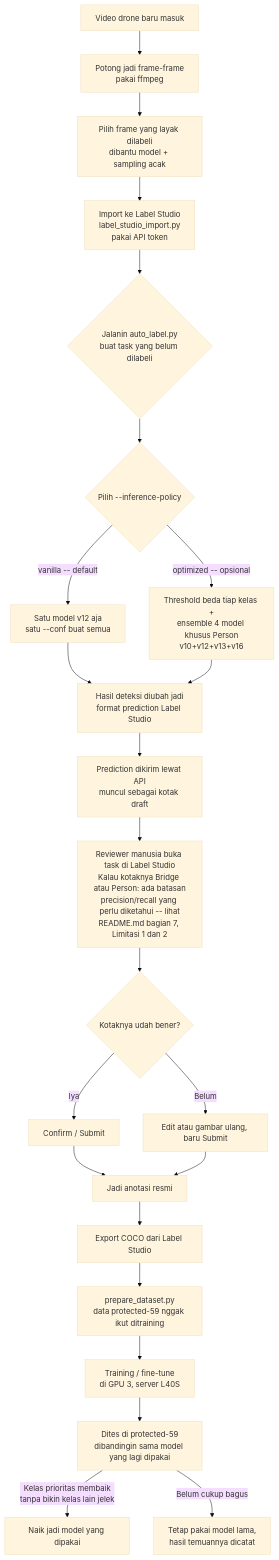
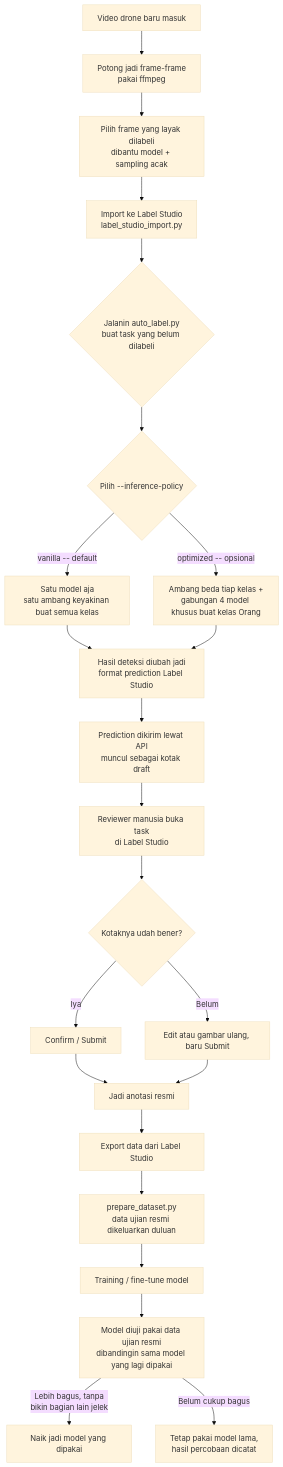
Before and after one commit to h4kua/AutomationPalmOil: the diagram in WORKFLOW.md, drawn with Mermaid (base theme). The commit also changed other lines of this file and 1 other file, not shown here.

````diff
--- a/WORKFLOW.md
+++ b/WORKFLOW.md
@@ -14,25 +7,25 @@
 ```mermaid
 flowchart TD
     A[Video drone baru masuk] --> B[Potong jadi frame-frame<br/>pakai ffmpeg]
     B --> C[Pilih frame yang layak dilabeli<br/>dibantu model + sampling acak]
-    C --> D[Import ke Label Studio<br/>label_studio_import.py<br/>pakai API token]
+    C --> D[Import ke Label Studio<br/>label_studio_import.py]
     D --> E{Jalanin auto_label.py<br/>buat task yang belum dilabeli}
     E --> F{Pilih --inference-policy}
-    F -->|vanilla -- default| F1[Satu model v12 aja<br/>satu --conf buat semua]
-    F -->|optimized -- opsional| F2[Threshold beda tiap kelas +<br/>ensemble 4 model khusus Person<br/>v10+v12+v13+v16]
+    F -->|vanilla -- default| F1[Satu model aja<br/>satu ambang keyakinan buat semua kelas]
+    F -->|optimized -- opsional| F2[Ambang beda tiap kelas +<br/>gabungan 4 model khusus buat kelas Orang]
     F1 --> G[Hasil deteksi diubah jadi<br/>format prediction Label Studio]
     F2 --> G
     G --> H[Prediction dikirim lewat API<br/>muncul sebagai kotak draft]
-    H --> I[Reviewer manusia buka task di Label Studio<br/>Kalau kotaknya Bridge atau Person: ada batasan<br/>precision/recall yang perlu diketahui -- lihat<br/>README.md bagian 7, Limitasi 1 dan 2]
+    H --> I[Reviewer manusia buka task<br/>di Label Studio]
     I --> J{Kotaknya udah bener?}
     J -->|Iya| K[Confirm / Submit]
     J -->|Belum| L[Edit atau gambar ulang, baru Submit]
     K --> M[Jadi anotasi resmi]
     L --> M
-    M --> N[Export COCO dari Label Studio]
-    N --> O[prepare_dataset.py<br/>data protected-59 nggak ikut ditraining]
-    O --> P[Training / fine-tune<br/>di GPU 3, server L40S]
-    P --> Q[Dites di protected-59<br/>dibandingin sama model yang lagi dipakai]
-    Q -->|Kelas prioritas membaik<br/>tanpa bikin kelas lain jelek| R[Naik jadi model yang dipakai]
-    Q -->|Belum cukup bagus| S[Tetap pakai model lama,<br/>hasil temuannya dicatat]
+    M --> N[Export data dari Label Studio]
+    N --> O[prepare_dataset.py<br/>data ujian resmi dikeluarkan duluan]
+    O --> P[Training / fine-tune model]
+    P --> Q[Model diuji pakai data ujian resmi<br/>dibandingin sama model yang lagi dipakai]
+    Q -->|Lebih bagus, tanpa<br/>bikin bagian lain jelek| R[Naik jadi model yang dipakai]
+    Q -->|Belum cukup bagus| S[Tetap pakai model lama,<br/>hasil percobaan dicatat]
 ```
````
